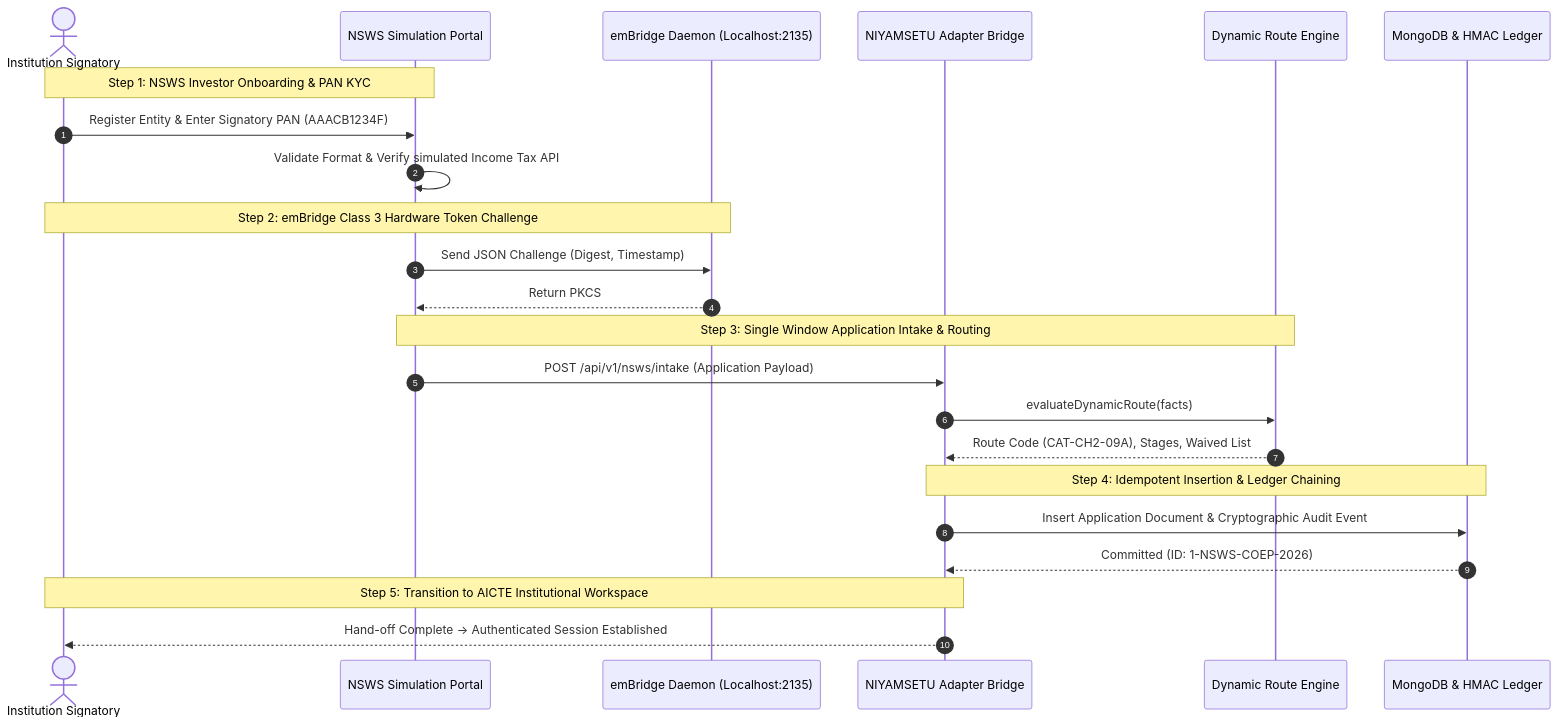
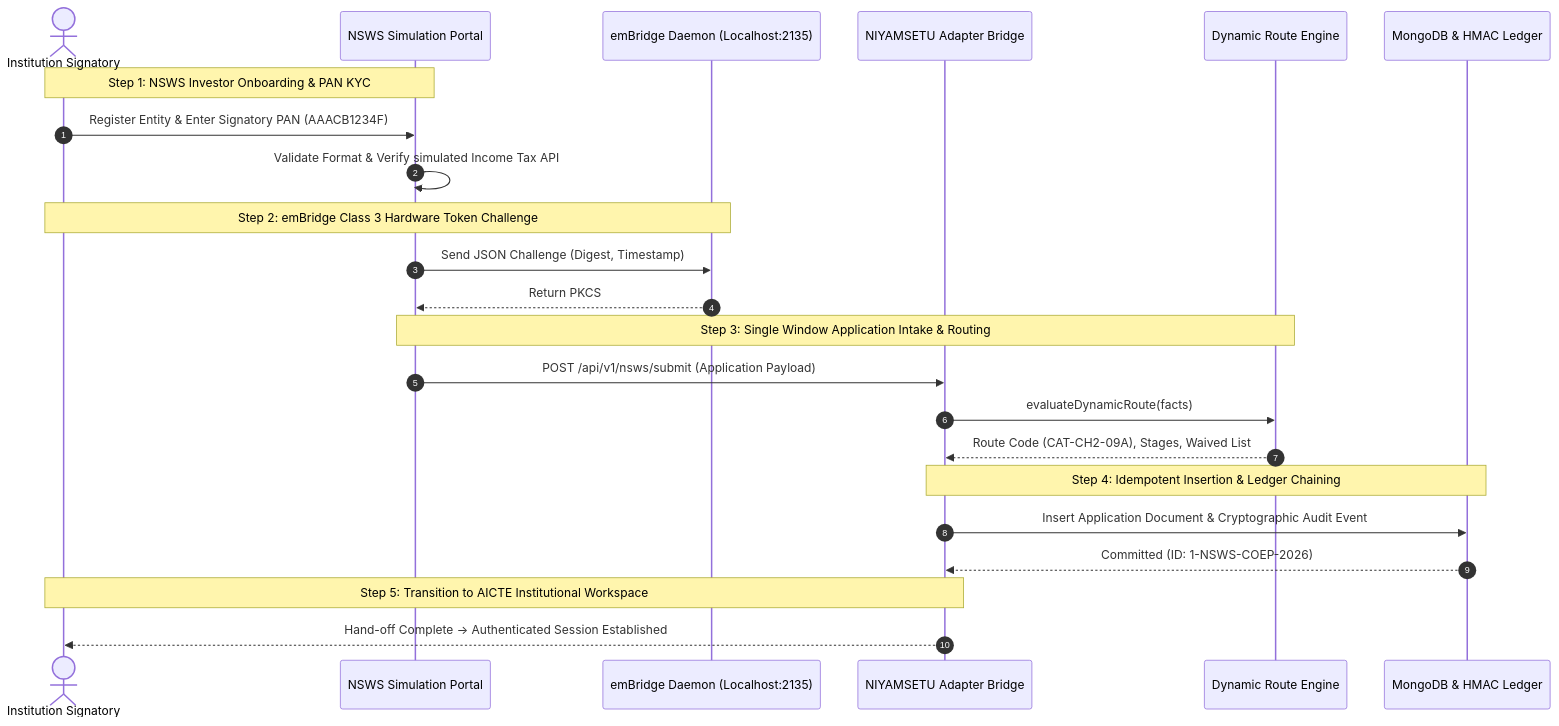
The fourth of 10 diagrams in docs/final_acceptance/NIYAMSETU_FINAL_SYSTEM_SPECIFICATION.md (Parth-Chavan-15/SIH-2026-AICTE), drawn with Mermaid before and after one commit. The commit also changed other lines of this file and 11 other files, not shown here.

Commit message:
docs: regenerate canonical specifications, verification dossier, and finalize README with click-to-view diagrams

````diff
--- a/docs/final_acceptance/NIYAMSETU_FINAL_SYSTEM_SPECIFICATION.md
+++ b/docs/final_acceptance/NIYAMSETU_FINAL_SYSTEM_SPECIFICATION.md
@@ -209,30 +209,30 @@
 ```mermaid
 sequenceDiagram
     autonumber
     actor Inst as Institution Signatory
     participant NSWS as NSWS Simulation Portal
     participant emBridge as emBridge Daemon (Localhost:2135)
     participant Bridge as NIYAMSETU Adapter Bridge
     participant Engine as Dynamic Route Engine
     participant Ledger as MongoDB & HMAC Ledger
 
     Note over Inst,NSWS: Step 1: NSWS Investor Onboarding & PAN KYC
     Inst->>NSWS: Register Entity & Enter Signatory PAN (AAACB1234F)
     NSWS->>NSWS: Validate Format & Verify simulated Income Tax API
     
     Note over Inst,emBridge: Step 2: emBridge Class 3 Hardware Token Challenge
     NSWS->>emBridge: Send JSON Challenge (Digest, Timestamp)
     emBridge-->>NSWS: Return PKCS#7 Signed Token & Certificate Attributes
     
     Note over NSWS,Engine: Step 3: Single Window Application Intake & Routing
-    NSWS->>Bridge: POST /api/v1/nsws/intake (Application Payload)
+    NSWS->>Bridge: POST /api/v1/nsws/submit (Application Payload)
     Bridge->>Engine: evaluateDynamicRoute(facts)
     Engine-->>Bridge: Route Code (CAT-CH2-09A), Stages, Waived List
     
     Note over Bridge,Ledger: Step 4: Idempotent Insertion & Ledger Chaining
     Bridge->>Ledger: Insert Application Document & Cryptographic Audit Event
     Ledger-->>Bridge: Committed (ID: 1-NSWS-COEP-2026)
     
     Note over Bridge,Inst: Step 5: Transition to AICTE Institutional Workspace
     Bridge-->>Inst: Hand-off Complete -> Authenticated Session Established
 ```
````
